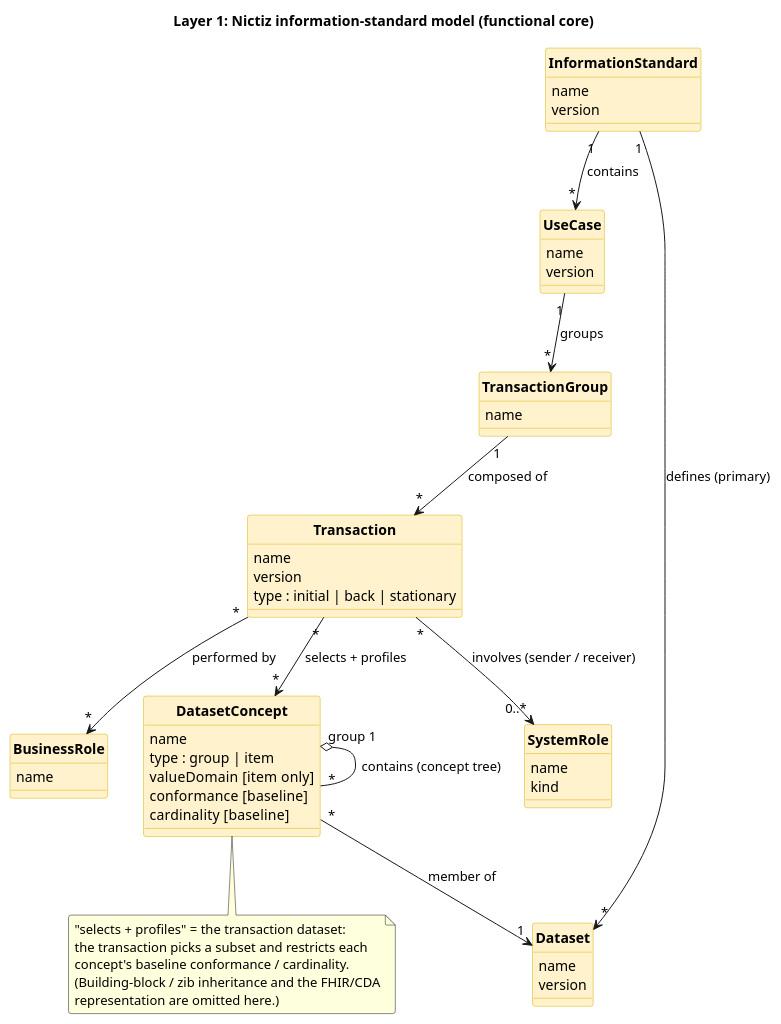
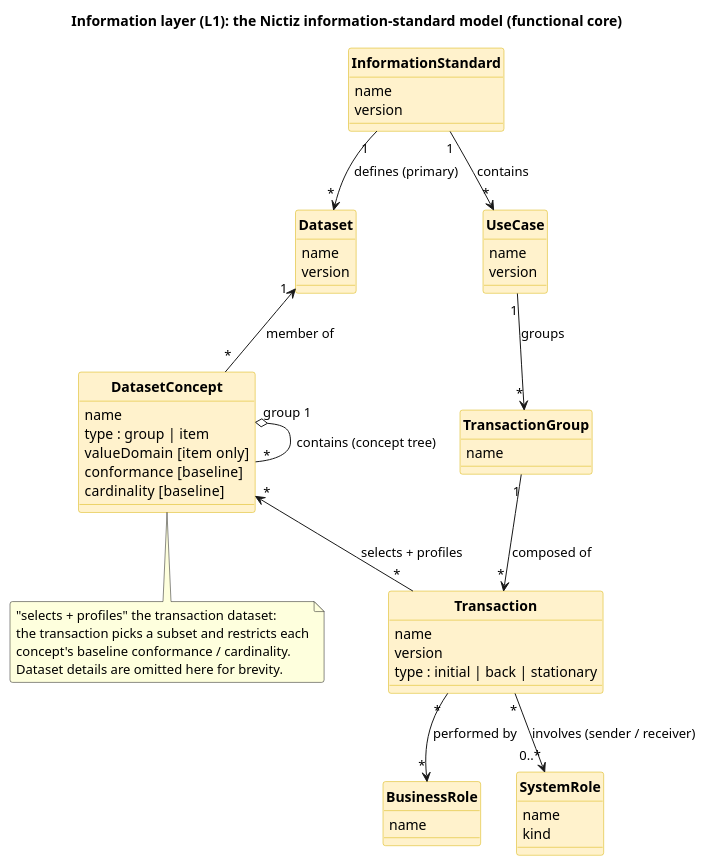
Before and after one commit to nuts-foundation/nl-generic-functions-ig: the diagram in input/images-source/authorization-model-nictiz.plantuml, drawn with PlantUML. The commit also changed 6 other files, not shown here.

First line of the commit message:
docs(authorization): name the layers and declutter the diagrams

```diff
--- a/input/images-source/authorization-model-nictiz.plantuml
+++ b/input/images-source/authorization-model-nictiz.plantuml
@@ -5,66 +5,65 @@
 @startuml authorization-model-nictiz
 
 skinparam defaultFontName Arial
 skinparam backgroundColor white
 skinparam roundcorner 5
 skinparam classBackgroundColor #FFF2CC
 skinparam classBorderColor #D6B000
 skinparam classFontStyle bold
 hide circle
 
-title Layer 1: Nictiz information-standard model (functional core)
+title Information layer (L1): the Nictiz information-standard model (functional core)
 
 class InformationStandard {
   name
   version
+}
+class Dataset {
+  name
+  version
+}
+class DatasetConcept {
+  name
+  type : group | item
+  valueDomain  [item only]
+  conformance  [baseline]
+  cardinality  [baseline]
 }
 class UseCase {
   name
   version
 }
 class TransactionGroup {
   name
 }
 class Transaction {
   name
   version
   type : initial | back | stationary
 }
+class BusinessRole {
+  name
+}
 class SystemRole {
   name
   kind
 }
-class BusinessRole {
-  name
-}
-class Dataset {
-  name
-  version
-}
-class DatasetConcept {
-  name
-  type : group | item
-  valueDomain  [item only]
-  conformance  [baseline]
-  cardinality  [baseline]
-}
 
-InformationStandard "1" --> "*" UseCase : contains
-InformationStandard "1" --> "*" Dataset : defines (primary)
-UseCase "1" --> "*" TransactionGroup : groups
-TransactionGroup "1" --> "*" Transaction : composed of
-Transaction "*" --> "0..*" SystemRole : involves (sender / receiver)
-Transaction "*" --> "*" BusinessRole : performed by
-Transaction "*" --> "*" DatasetConcept : selects + profiles
+InformationStandard "1" -down-> "*" Dataset : defines (primary)
+InformationStandard "1" -down-> "*" UseCase : contains
+DatasetConcept "*" -up-> "1" Dataset : member of
+UseCase "1" -down-> "*" TransactionGroup : groups
+TransactionGroup "1" -down-> "*" Transaction : composed of
+Transaction "*" -up-> "*" DatasetConcept : selects + profiles
 DatasetConcept "group 1" o-- "*" DatasetConcept : contains (concept tree)
-DatasetConcept "*" --> "1" Dataset : member of
+Transaction "*" -down-> "*" BusinessRole : performed by
+Transaction "*" -down-> "0..*" SystemRole : involves (sender / receiver)
 
 note bottom of DatasetConcept
-  "selects + profiles" = the transaction dataset:
+  "selects + profiles" the transaction dataset:
   the transaction picks a subset and restricts each
   concept's baseline conformance / cardinality.
-  (Building-block / zib inheritance and the FHIR/CDA
-  representation are omitted here.)
+  Dataset details are omitted here for brevity.
 end note
 
 @enduml
```
